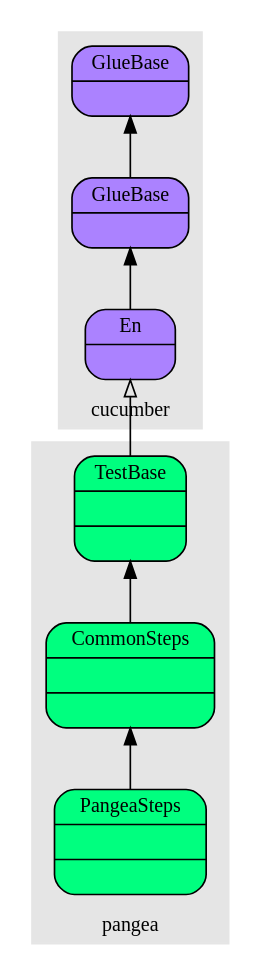
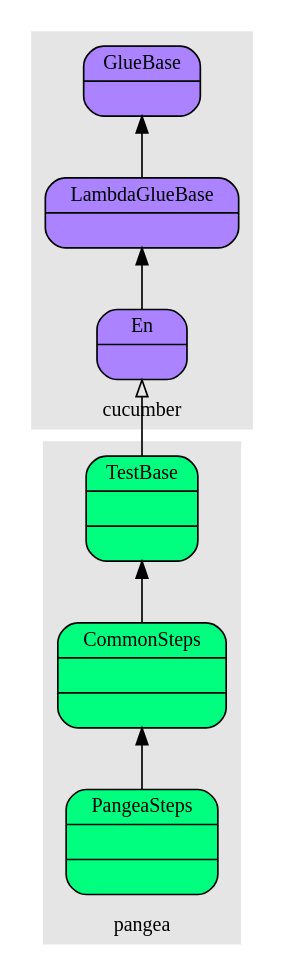
The diagram in applications/cucumber.dot (chris0103/spider-net), drawn with Graphviz before and after one commit. The commit also changed 2 other files, not shown here.

```diff
--- a/applications/cucumber.dot
+++ b/applications/cucumber.dot
@@ -1,51 +1,51 @@
 digraph cucumber {
 	rankdir = BT;
     fontname = "Verdana";
     fontsize = 12;
     node [fontname = "Verdana", fontsize = 12, shape = "record"];
     edge [fontname = "Verdana", fontsize = 12];
 	
 	subgraph cluster20 {
 		label = "cucumber";
 		style = filled;
 		color = grey90;
 		En [label = "{<f0>En|<f2>}", style = "rounded, filled", fillcolor = "mediumpurple1"];
 		GlueBase [label = "{<f0>GlueBase|<f2>}", style = "rounded, filled", fillcolor = "mediumpurple1"];
-		LambdaGlueBase [label = "{<f0>GlueBase|<f2>}", style = "rounded, filled", fillcolor = "mediumpurple1"];
+		LambdaGlueBase [label = "{<f0>LambdaGlueBase|<f2>}", style = "rounded, filled", fillcolor = "mediumpurple1"];
 	}
 	
 	subgraph cluster75 {
 		label = "pangea";
 		style = filled;
 		color = grey90;
 		CommonSteps [label = "{<f0>CommonSteps|<f1>|<f2>}", style = "rounded, filled", fillcolor = "springgreen"];	
 		PangeaSteps [label = "{<f0>PangeaSteps|<f1>|<f2>}", style = "rounded, filled", fillcolor = "springgreen"];	
 		TestBase [label = "{<f0>TestBase|<f1>|<f2>}", style = "rounded, filled", fillcolor = "springgreen"];	
 	}
 	
 	/*
 	
 	// item_name [label = "item_lable", style = "filled", fillcolor = "palegreen"];
 	// record_name [shape = "record", label = "{{<f0>interface|{<f10>(other implementers)}}|(other methods)}"];
 	// interface_minor [shape = "plaintext", label = "Interface_minor"];
 	// interface [label = "{<f0>Interface|<f2>+ method() : return_type\l}", style = "rounded, filled", fillcolor = "mediumpurple1"];
 	// abstract_class [label = "{<f0>Abstract_Class|<f1>+ field1 : type\l+ field2 : type\l|<f2>&#170; abstract_method() : return_type\l&#537; static_method() : return_type\l+ method() : return_type\l}", style = "rounded, filled, dashed", fillcolor = "springgreen"];
 	// class [label = "{<f0>Class|<f1>+ field1 : type\l+ field2 : type\l&#10765; final_field : type\l&#537; static_field : type\l|<f2>+ method() : return_type\l&#537; static_method() : return_type\l&#186; overriden_method() : return_type\l}", style = "rounded, filled", fillcolor = "springgreen"];	
 	*/
 	
 	// item_foo -> item_bar;
 	
 	// Implementation -> Interface [arrowhead = "empty"];
 	// Subclass -> Class;	
 	// Referer -> Referee [arrowhead = "vee"];
 	// Implementation -> InterfaceMinor [arrowhead = "odot"];	
 	
 	LambdaGlueBase -> GlueBase;
 	En -> LambdaGlueBase;
 	TestBase -> En [arrowhead = "empty"];
 	
 	CommonSteps -> TestBase;
 	PangeaSteps -> CommonSteps;
 	
 	// current is current_progress_item
 }
```
